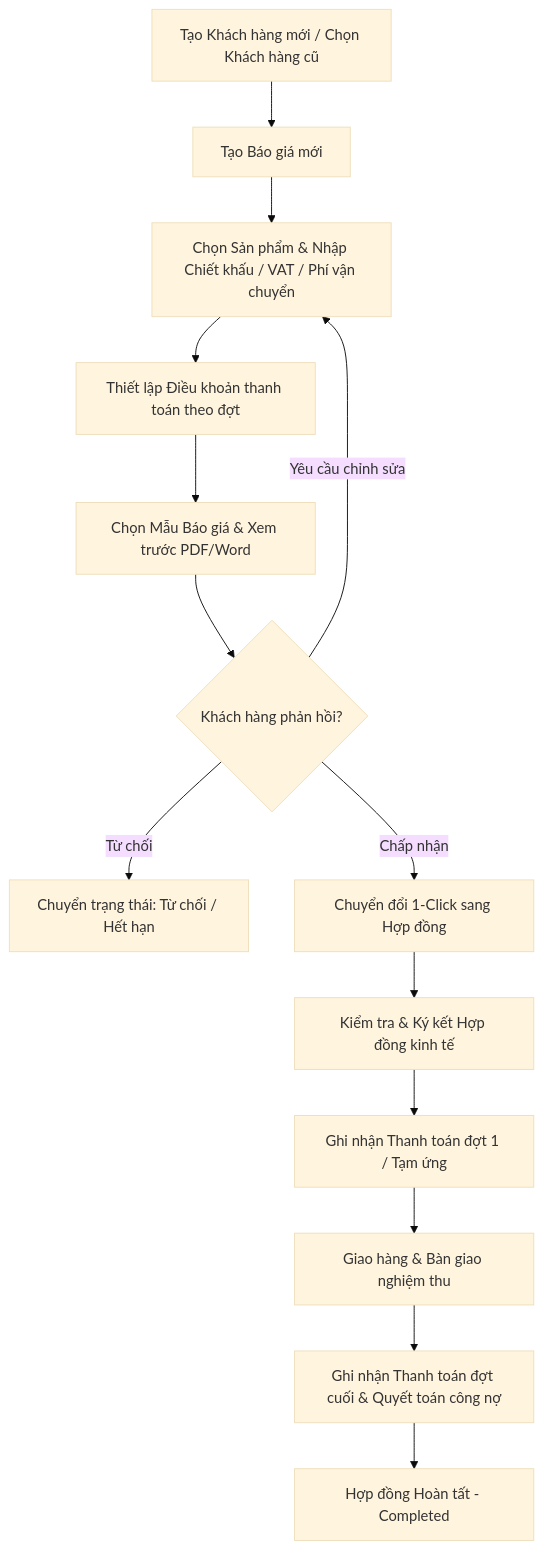
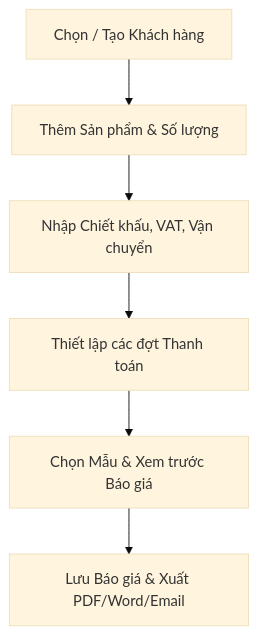
One commit to quangthoIT/sellflow changed the first of 2 diagrams in docs/PRD.md. Above: the diagram before and after it, drawn with Mermaid (base theme). The commit also changed other lines of this file, not shown here.

````diff
--- a/docs/PRD.md
+++ b/docs/PRD.md
@@ -125,16 +145,8 @@
 ```mermaid
 flowchart TD
-    A[Tạo Khách hàng mới / Chọn Khách hàng cũ] --> B[Tạo Báo giá mới]
-    B --> C[Chọn Sản phẩm & Nhập Chiết khấu / VAT / Phí vận chuyển]
-    C --> D[Thiết lập Điều khoản thanh toán theo đợt]
-    D --> E[Chọn Mẫu Báo giá & Xem trước PDF/Word]
-    E --> F{Khách hàng phản hồi?}
-    F -->|Yêu cầu chỉnh sửa| C
-    F -->|Từ chối| G[Chuyển trạng thái: Từ chối / Hết hạn]
-    F -->|Chấp nhận| H[Chuyển đổi 1-Click sang Hợp đồng]
-    H --> I[Kiểm tra & Ký kết Hợp đồng kinh tế]
-    I --> J[Ghi nhận Thanh toán đợt 1 / Tạm ứng]
-    J --> K[Giao hàng & Bàn giao nghiệm thu]
-    K --> L[Ghi nhận Thanh toán đợt cuối & Quyết toán công nợ]
-    L --> M[Hợp đồng Hoàn tất - Completed]
+    A[Chọn / Tạo Khách hàng] --> B[Thêm Sản phẩm & Số lượng]
+    B --> C[Nhập Chiết khấu, VAT, Vận chuyển]
+    C --> D[Thiết lập các đợt Thanh toán]
+    D --> E[Chọn Mẫu & Xem trước Báo giá]
+    E --> F[Lưu Báo giá & Xuất PDF/Word/Email]
 ```
````
